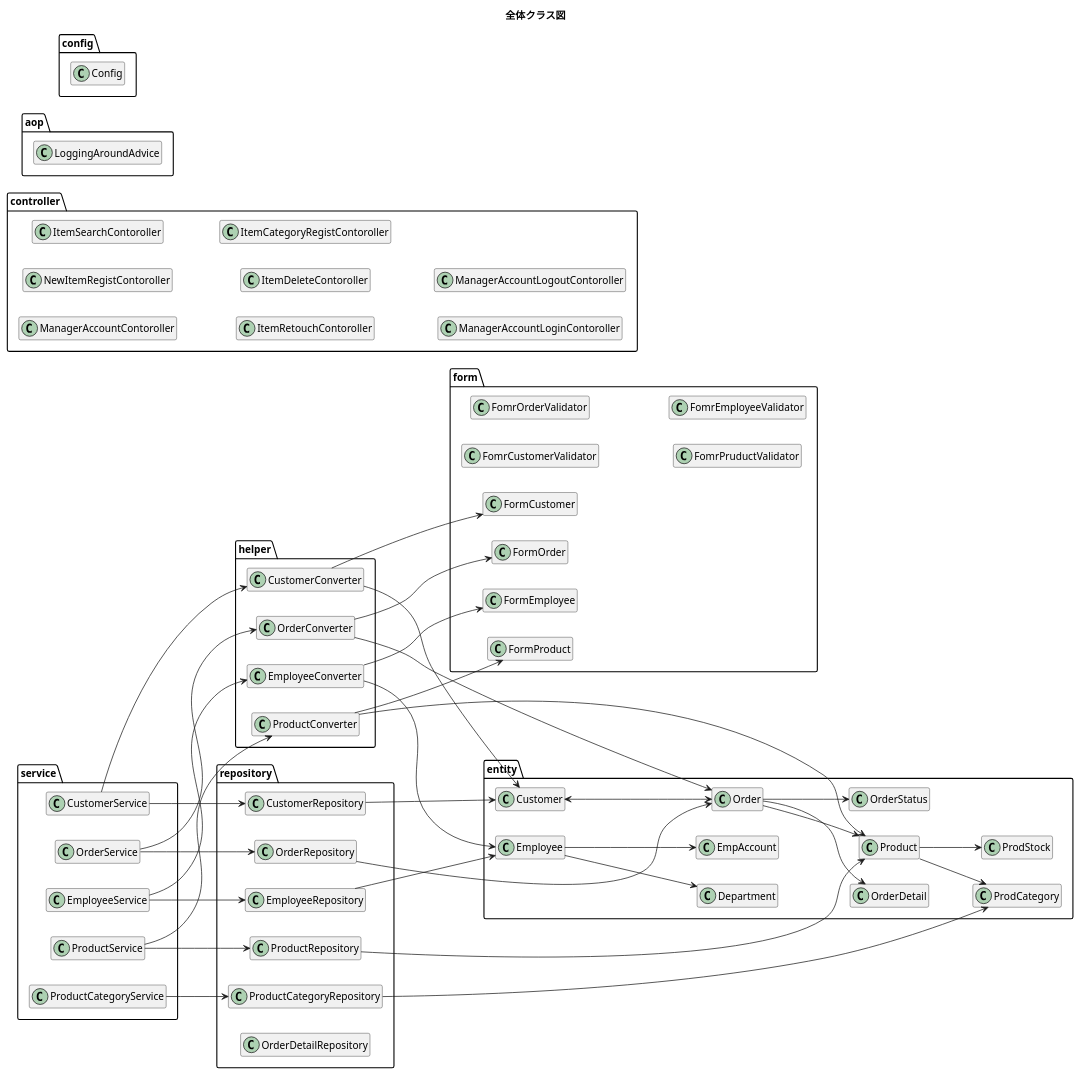
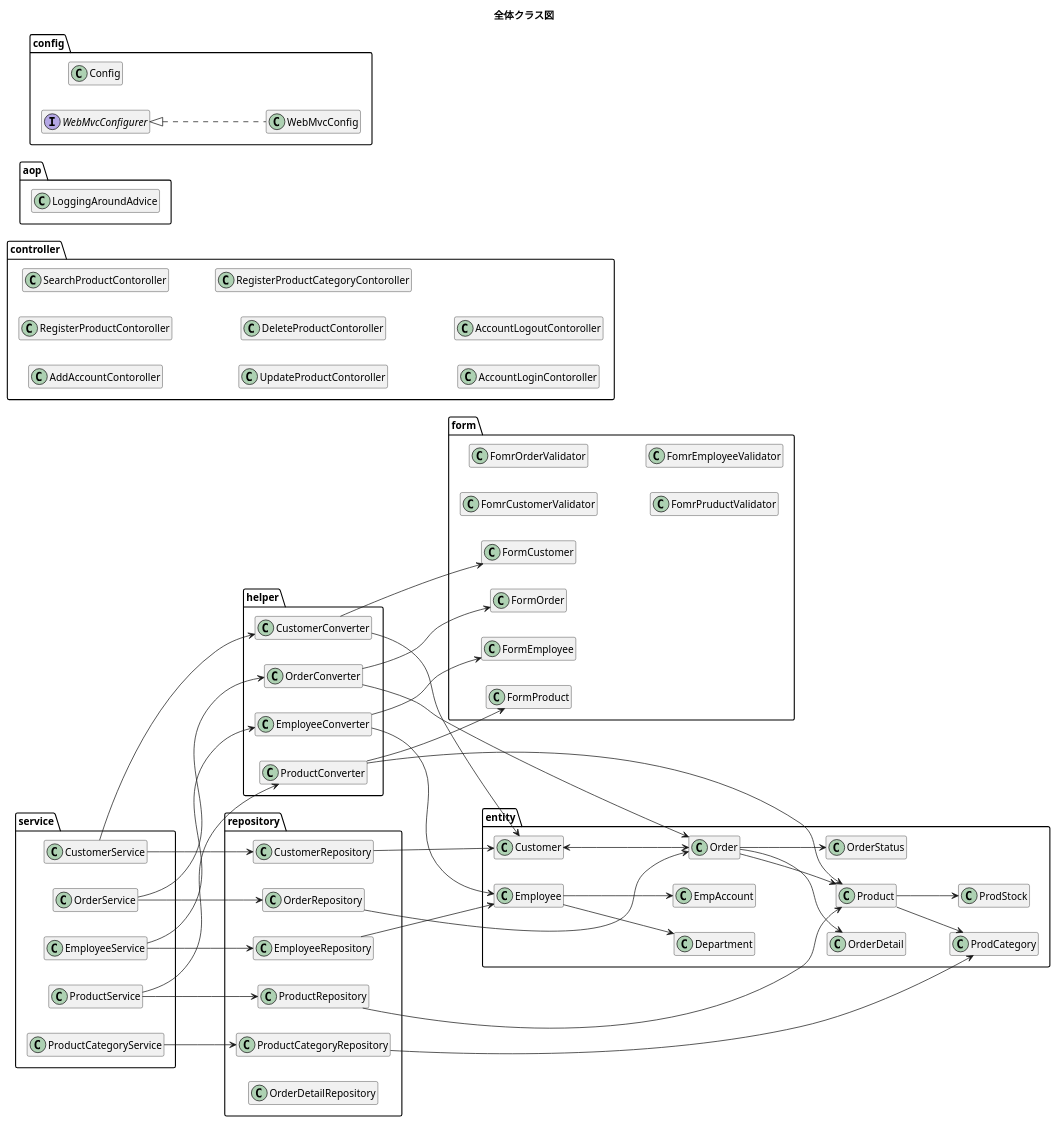
One commit to kanavii3333/ec-b changed the diagram in plan/uml/class/all.plantuml. Above: the diagram before and after it, drawn with PlantUML.

Commit message:
変更

```diff
--- a/plan/uml/class/all.plantuml
+++ b/plan/uml/class/all.plantuml
@@ -1,179 +1,182 @@
 @startuml
 title 全体クラス図
 hide empty members
 left to right direction
 
 package entity{
     class Customer{
     }
 
     class Order{
     }
 
     class OrderDetail{
     }
 
     class OrderStatus{
     }
 
     class Product{
     }
 
     class ProdCategory{
     }
 
     class ProdStock{
     }
 
     class Employee{
     }
 
     class Department{
     }
 
     class EmpAccount{
     }
 }
 
 Customer <--> Order
 Order --> OrderStatus
 Order --> OrderDetail
 Order --> Product
 Product --> ProdStock
 Product --> ProdCategory
 Employee --> EmpAccount
 Employee --> Department
 
 package form{
     class FormCustomer{
     }
 
     class FormOrder{
     }
 
     class FormProduct{
     }
 
     class FormEmployee{
     }
     
     class FomrCustomerValidator{
     }
     
     class FomrOrderValidator{
     }
     
     class FomrPruductValidator{
     }
     
     class FomrEmployeeValidator{
     }
 }
 
 package helper{
     class CustomerConverter{
     }
 
     class OrderConverter{
     }
 
     class ProductConverter{
     }
 
     class EmployeeConverter{
     }
 }
 CustomerConverter --> Customer
 CustomerConverter --> FormCustomer
 OrderConverter --> Order
 OrderConverter --> FormOrder
 ProductConverter --> Product
 ProductConverter --> FormProduct
 EmployeeConverter --> Employee
 EmployeeConverter --> FormEmployee
 
 package repository{
     class CustomerRepository{
     }
 
     class OrderRepository{
     }
 
     class ProductRepository{
     }
 
     class EmployeeRepository{
     }
 
     class ProductCategoryRepository{
     }
 
     class OrderDetailRepository{
     }
 }
 
 package service{
     class CustomerService{
     }
     
     class OrderService{
     }
     
     class ProductService{
     }
 
     class EmployeeService{
     }
     
     class ProductCategoryService{
     }
 }
 
-package controller{
-    class ManagerAccountContoroller{
-    }
-    class NewItemRegistContoroller{
-    }
-    class ItemSearchContoroller{
-    }
-    class ItemSearchContoroller{
-    }
-    class ItemRetouchContoroller{
-    }
-    class ItemDeleteContoroller{
-    }
-    class ItemCategoryRegistContoroller{
-    }
-    class ManagerAccountLoginContoroller{
-    }
-    class ManagerAccountLogoutContoroller{
-    }
-}
-
-package aop{
-   class LoggingAroundAdvice {
-   }
-}
-
-package config{
-    class Config{
-    }
-
 CustomerService --> CustomerConverter
 OrderService --> OrderConverter
 ProductService --> ProductConverter
 EmployeeService --> EmployeeConverter
 
 CustomerService --> CustomerRepository
 OrderService --> OrderRepository
 ProductService --> ProductRepository
 EmployeeService --> EmployeeRepository
 ProductCategoryService --> ProductCategoryRepository
 
 CustomerRepository --> Customer
 OrderRepository --> Order
 ProductRepository --> Product
 EmployeeRepository --> Employee
 ProductCategoryRepository --> ProdCategory
 
+
+package controller{
+    class AddAccountContoroller{
+    }
+    class RegisterProductContoroller{
+    }
+    class SearchProductContoroller{
+    }
+    class SearchProductContoroller{
+    }
+    class UpdateProductContoroller{
+    }
+    class DeleteProductContoroller{
+    }
+    class RegisterProductCategoryContoroller{
+    }
+    class AccountLoginContoroller{
+    }
+    class AccountLogoutContoroller{
+    }
+}
+
+package aop{
+   class LoggingAroundAdvice {
+   }
+}
+
+package config{
+    class Config{
+    }
+    class WebMvcConfig implements WebMvcConfigurer {
+    }
+}
 @enduml
```
